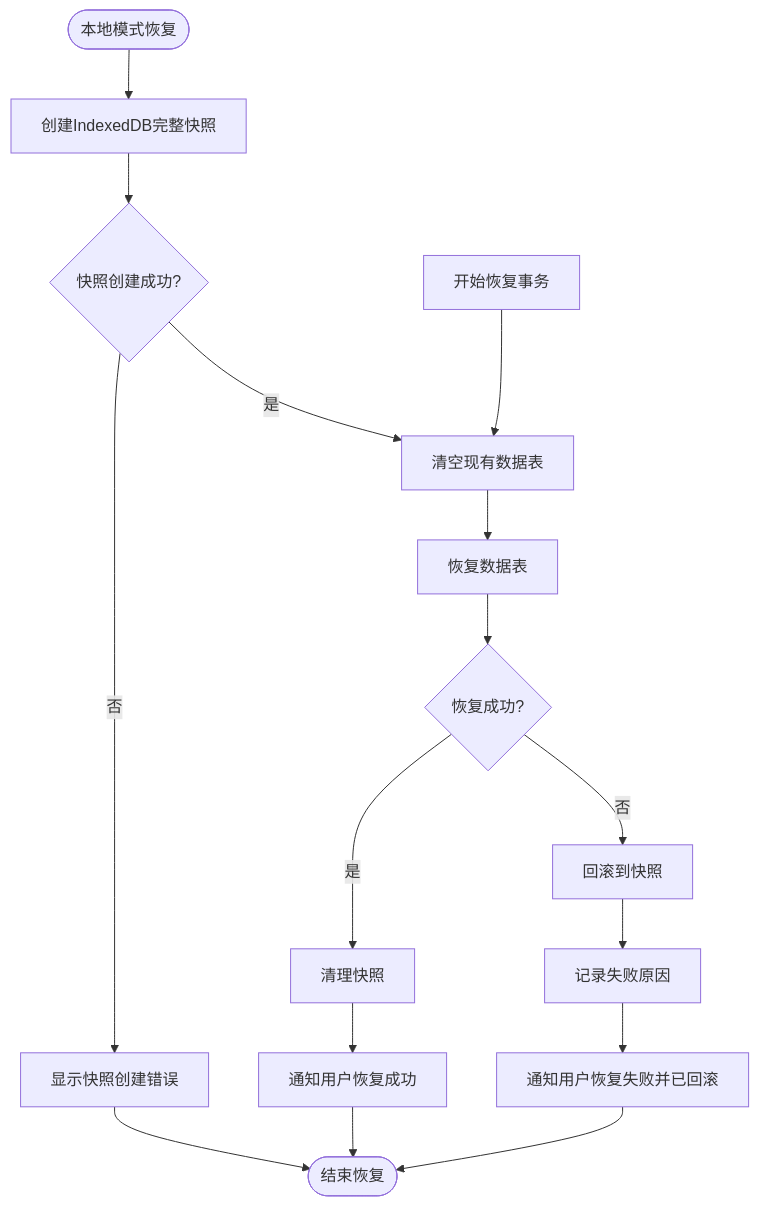
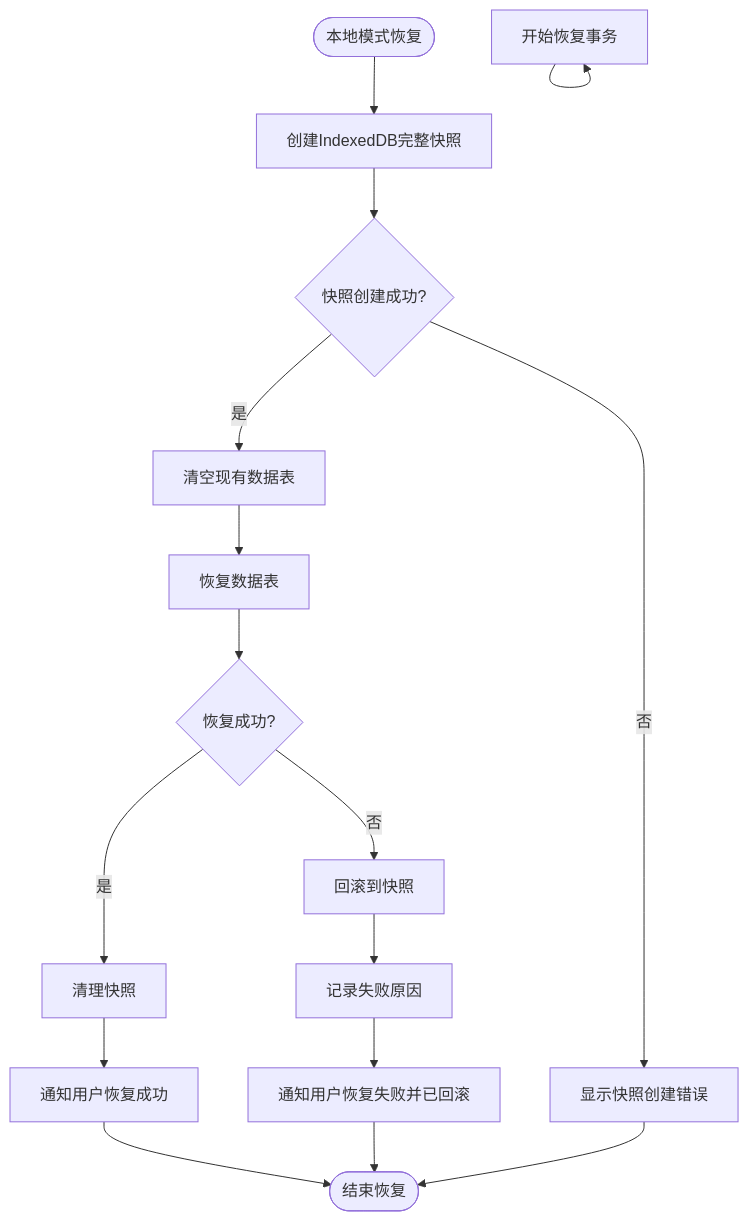
The diagram in all/未命名-53.md (yingjianzh/iodraw-files), drawn with Mermaid before and after one commit.

Commit message:
2025-05-09 17:13:04 update

````diff
--- a/all/未命名-53.md
+++ b/all/未命名-53.md
@@ -1,25 +1,25 @@
 ```mermaid
 flowchart TD
     Start([本地模式恢复]) --> CreateSnapshot[创建IndexedDB完整快照]
     CreateSnapshot --> SnapshotCreated{快照创建成功?}
     
     SnapshotCreated -->|否| ShowSnapshotError[显示快照创建错误]
     SnapshotCreated -->|是| ClearExistingData[清空现有数据表]
     
-    BeginTransaction[开始恢复事务] --> ClearExistingData[清空现有数据表]
+    BeginTransaction --> BeginTransaction[开始恢复事务]
     ClearExistingData --> RestoreDataTables[恢复数据表]
     
     RestoreDataTables --> Success{恢复成功?}
     Success -->|是| CleanupSnapshot[清理快照]
     Success -->|否| RollbackChanges[回滚到快照]
     
     
     RollbackChanges --> LogFailure[记录失败原因]
     
     CleanupSnapshot --> NotifySuccess[通知用户恢复成功]
     LogFailure --> NotifyFailure[通知用户恢复失败并已回滚]
     
     NotifySuccess --> End([结束恢复])
     NotifyFailure --> End
     ShowSnapshotError --> End
 ```
````
